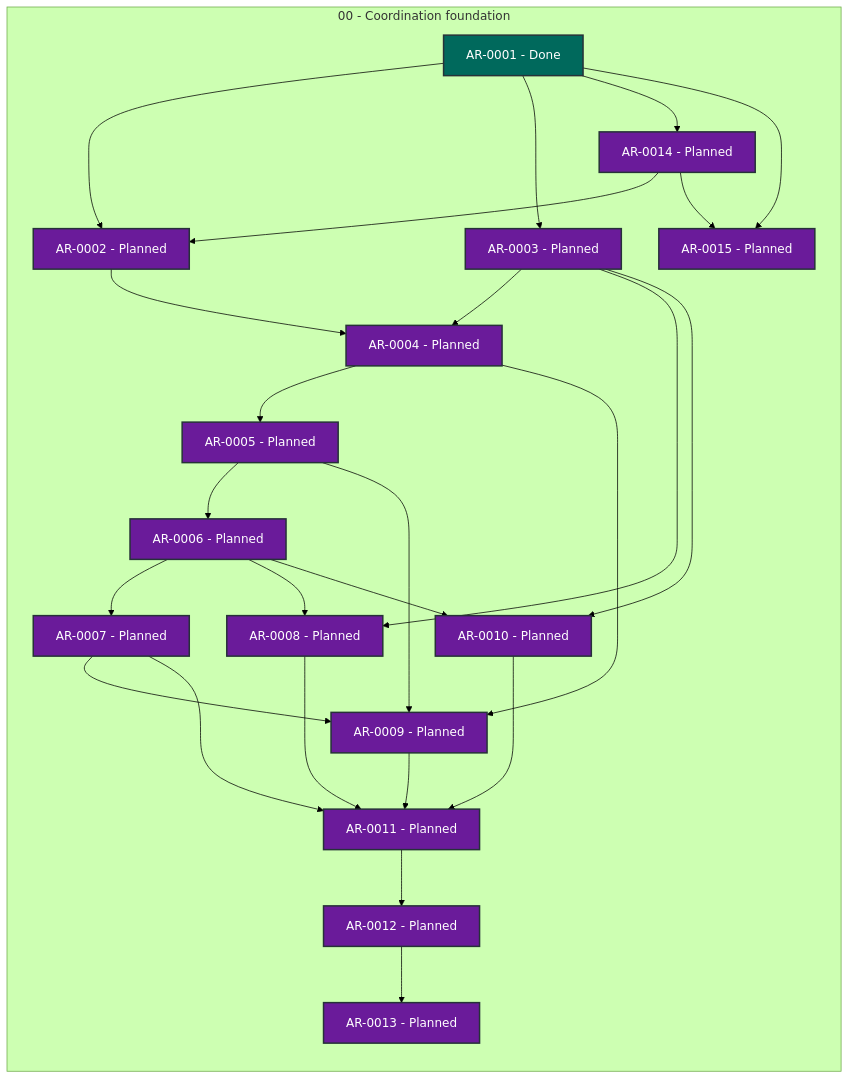
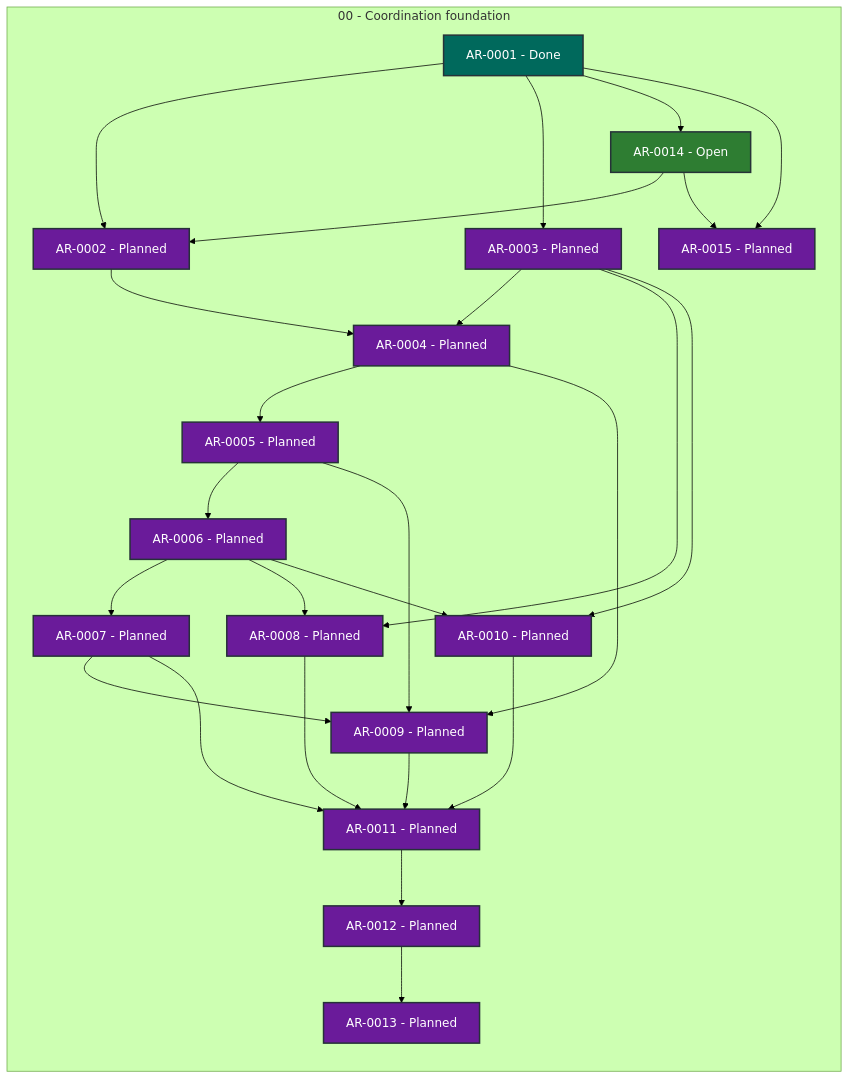
Before and after one commit to martin-beck/agent-workflow-tui-state: the diagram in STATUS.md, drawn with Mermaid (forest theme). The commit also changed other lines of this file and 2 other files, not shown here.

````diff
--- a/STATUS.md
+++ b/STATUS.md
@@ -27,53 +27,53 @@
 ```mermaid
 flowchart LR
     subgraph series_00["00 - Coordination foundation"]
         direction TB
         AR_0001["AR-0001 - Done"]:::status_done
         AR_0002["AR-0002 - Planned"]:::status_planned
         AR_0003["AR-0003 - Planned"]:::status_planned
         AR_0004["AR-0004 - Planned"]:::status_planned
         AR_0005["AR-0005 - Planned"]:::status_planned
         AR_0006["AR-0006 - Planned"]:::status_planned
         AR_0007["AR-0007 - Planned"]:::status_planned
         AR_0008["AR-0008 - Planned"]:::status_planned
         AR_0009["AR-0009 - Planned"]:::status_planned
         AR_0010["AR-0010 - Planned"]:::status_planned
         AR_0011["AR-0011 - Planned"]:::status_planned
         AR_0012["AR-0012 - Planned"]:::status_planned
         AR_0013["AR-0013 - Planned"]:::status_planned
-        AR_0014["AR-0014 - Planned"]:::status_planned
+        AR_0014["AR-0014 - Open"]:::status_open
         AR_0015["AR-0015 - Planned"]:::status_planned
     end
     AR_0001 --> AR_0002
     AR_0001 --> AR_0003
     AR_0001 --> AR_0014
     AR_0001 --> AR_0015
     AR_0002 --> AR_0004
     AR_0003 --> AR_0004
     AR_0003 --> AR_0008
     AR_0003 --> AR_0010
     AR_0004 --> AR_0005
     AR_0004 --> AR_0009
     AR_0005 --> AR_0006
     AR_0005 --> AR_0009
     AR_0006 --> AR_0007
     AR_0006 --> AR_0008
     AR_0006 --> AR_0010
     AR_0007 --> AR_0009
     AR_0007 --> AR_0011
     AR_0008 --> AR_0011
     AR_0009 --> AR_0011
     AR_0010 --> AR_0011
     AR_0011 --> AR_0012
     AR_0012 --> AR_0013
     AR_0014 --> AR_0002
     AR_0014 --> AR_0015
     classDef status_in_progress fill:#1565c0,color:#ffffff,stroke:#263238,stroke-width:2px
     classDef status_open fill:#2e7d32,color:#ffffff,stroke:#263238,stroke-width:2px
     classDef status_blocked fill:#c62828,color:#ffffff,stroke:#263238,stroke-width:2px
     classDef status_planned fill:#6a1b9a,color:#ffffff,stroke:#263238,stroke-width:2px
     classDef status_future fill:#455a64,color:#ffffff,stroke:#263238,stroke-width:2px
     classDef status_done fill:#00695c,color:#ffffff,stroke:#263238,stroke-width:2px
     classDef status_cancelled fill:#616161,color:#ffffff,stroke:#263238,stroke-width:2px
     classDef status_superseded fill:#5d4037,color:#ffffff,stroke:#263238,stroke-width:2px
 ```
````
